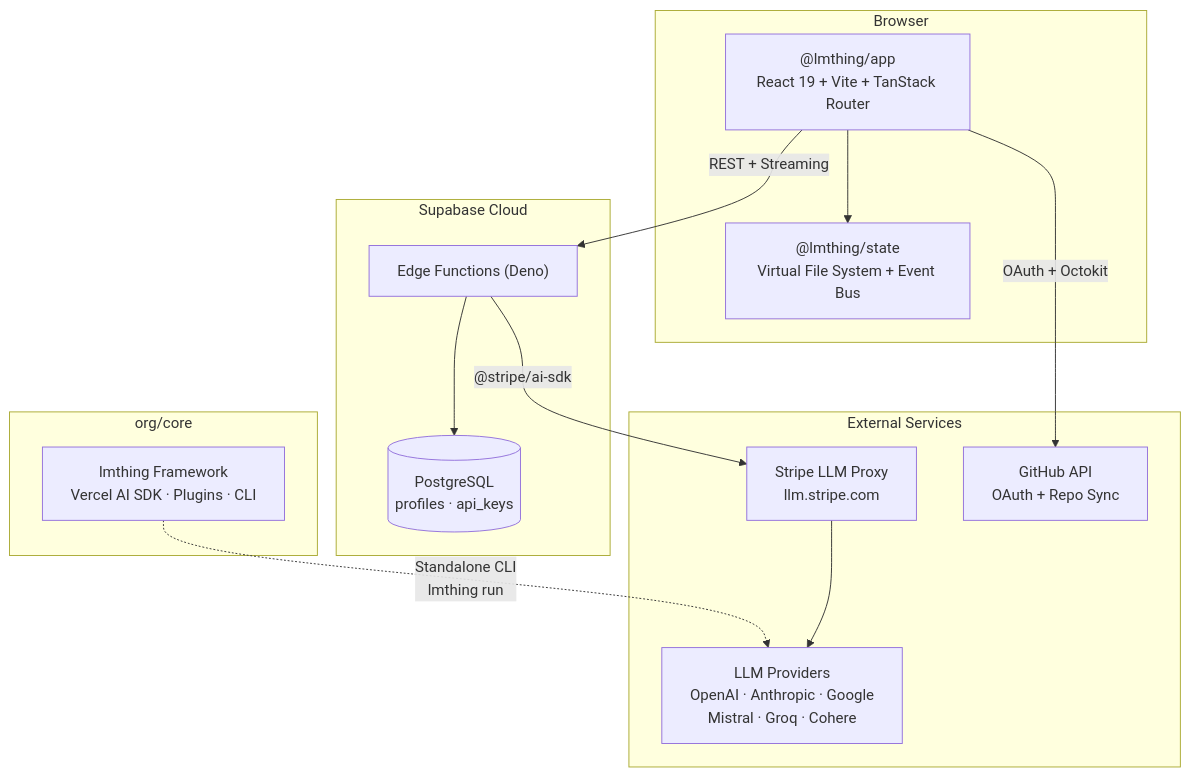
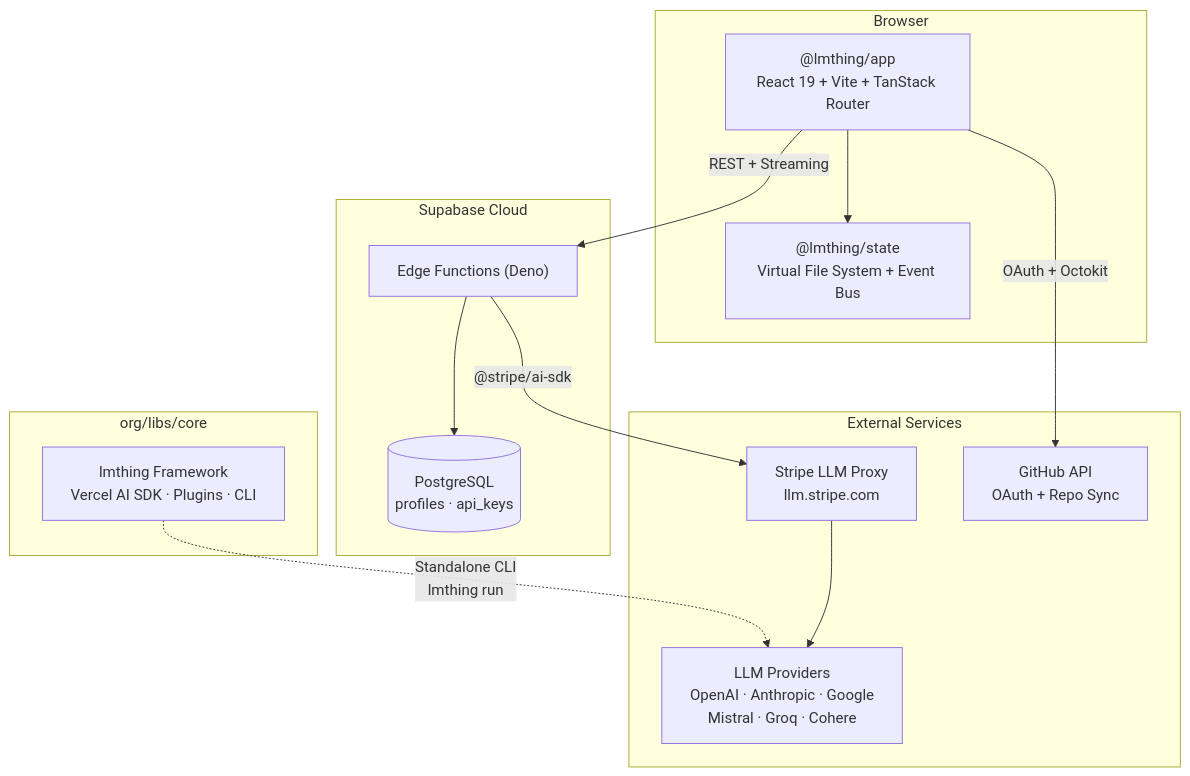
The first of 7 diagrams in TechArchitecture.md (lmthing/lmthing), drawn with Mermaid before and after one commit. The commit also changed other lines of this file and 1 other file, not shown here.

Commit message:
feat: update monorepo structure to include shared libraries for core, state, CSS, and UI components

````diff
--- a/TechArchitecture.md
+++ b/TechArchitecture.md
@@ -60,30 +63,30 @@
 ```mermaid
 graph TB
     subgraph Browser["Browser"]
         App["@lmthing/app<br/>React 19 + Vite + TanStack Router"]
         State["@lmthing/state<br/>Virtual File System + Event Bus"]
         App --> State
     end
 
     subgraph Cloud["Supabase Cloud"]
         Edge["Edge Functions (Deno)"]
         DB[("PostgreSQL<br/>profiles · api_keys")]
         Edge --> DB
     end
 
     subgraph External["External Services"]
         Stripe["Stripe LLM Proxy<br/>llm.stripe.com"]
         Providers["LLM Providers<br/>OpenAI · Anthropic · Google<br/>Mistral · Groq · Cohere"]
         GitHub["GitHub API<br/>OAuth + Repo Sync"]
         Stripe --> Providers
     end
 
-    subgraph Library["org/core"]
+    subgraph Library["org/libs/core"]
         Core["lmthing Framework<br/>Vercel AI SDK · Plugins · CLI"]
     end
 
     App -- "REST + Streaming" --> Edge
     Edge -- "@stripe/ai-sdk" --> Stripe
     App -- "OAuth + Octokit" --> GitHub
     Core -. "Standalone CLI<br/>lmthing run" .-> Providers
 ```
````
